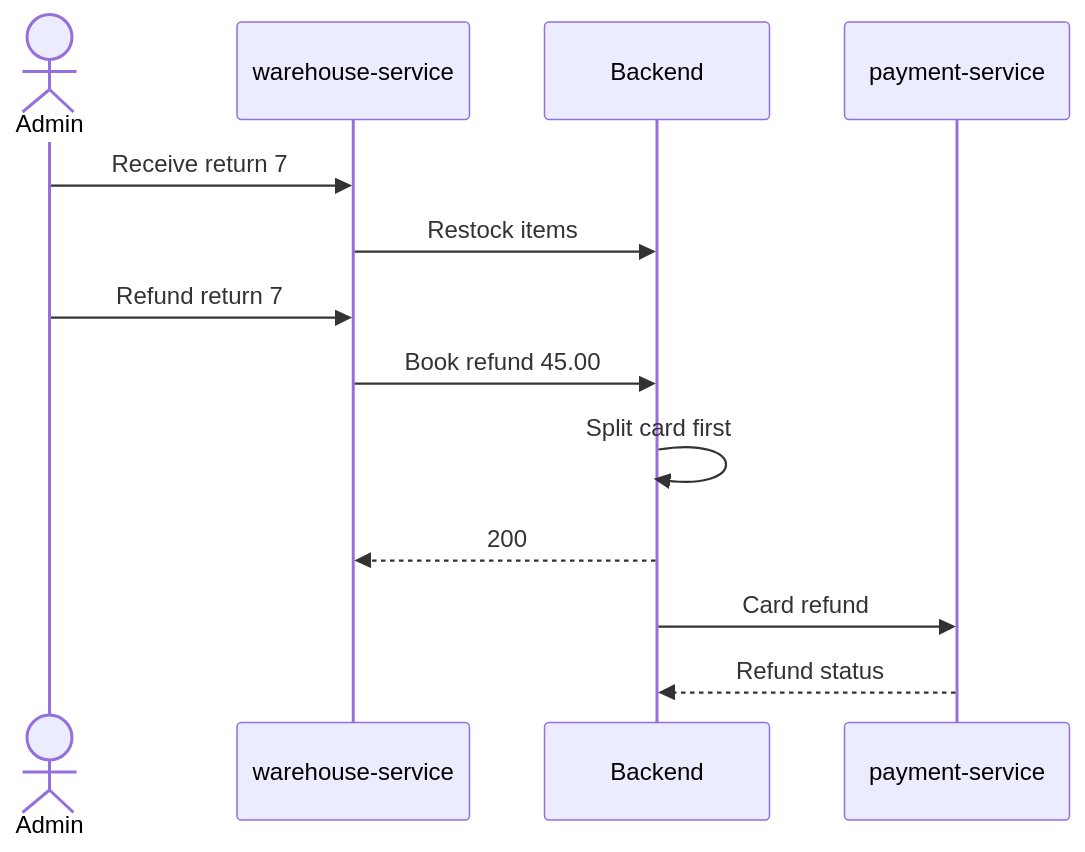
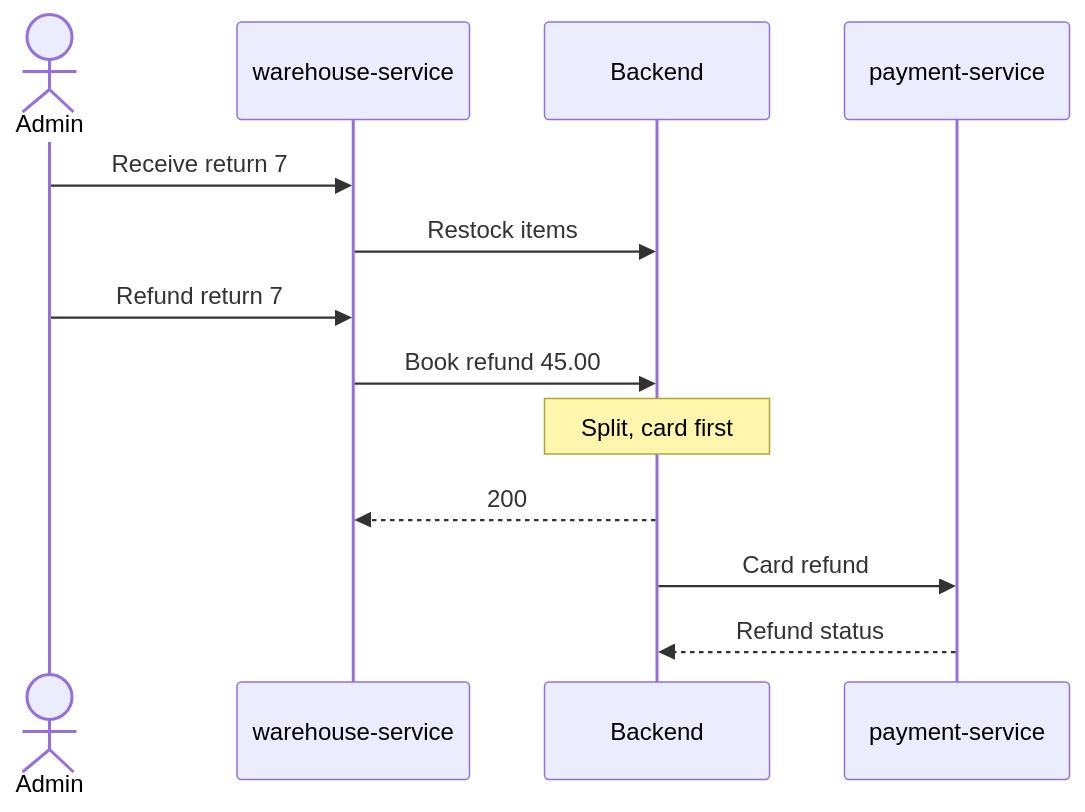
Before and after one commit to slawekradzyminski/awesome-localstack: the second of 2 diagrams in docs-site/docs/flows/returns-refunds.md, drawn with Mermaid. The commit also changed 19 other files, not shown here.

First line of the commit message:
Review every wiki diagram by eye and redraw the unclear ones

````diff
--- a/docs-site/docs/flows/returns-refunds.md
+++ b/docs-site/docs/flows/returns-refunds.md
@@ -52,15 +52,15 @@
 ```mermaid
 sequenceDiagram
     actor A as Admin
     participant W as warehouse-service
     participant B as Backend
     participant P as payment-service
     A->>W: Receive return 7
     W->>B: Restock items
     A->>W: Refund return 7
     W->>B: Book refund 45.00
-    B->>B: Split card first
+    Note over B: Split, card first
     B-->>W: 200
     B->>P: Card refund
     P-->>B: Refund status
 ```
````
